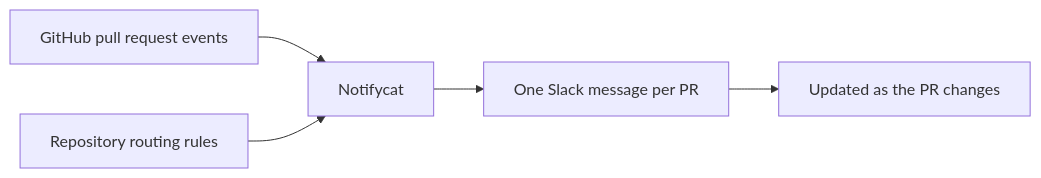
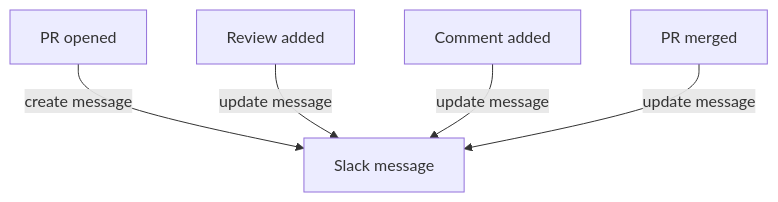
Before and after one commit to mptooling/notifycat: the second of 2 diagrams in docs/index.md, drawn with Mermaid. The commit also changed other lines of this file and 29 other files, not shown here.

````diff
--- a/docs/index.md
+++ b/docs/index.md
@@ -61,7 +33,7 @@
 ```mermaid
-flowchart LR
-    github[GitHub pull request events] --> notifycat[Notifycat]
-    routing[Repository routing rules] --> notifycat
-    notifycat --> message[One Slack message per PR]
-    message --> current[Updated as the PR changes]
+flowchart TB
+    opened[PR opened] --create message--> SlackMessage[Slack message]
+    review[Review added] --update message--> SlackMessage[Slack message]
+    comment[Comment added] --update message--> SlackMessage[Slack message]
+    merged[PR merged] --update message--> SlackMessage[Slack message]
 ```
````
